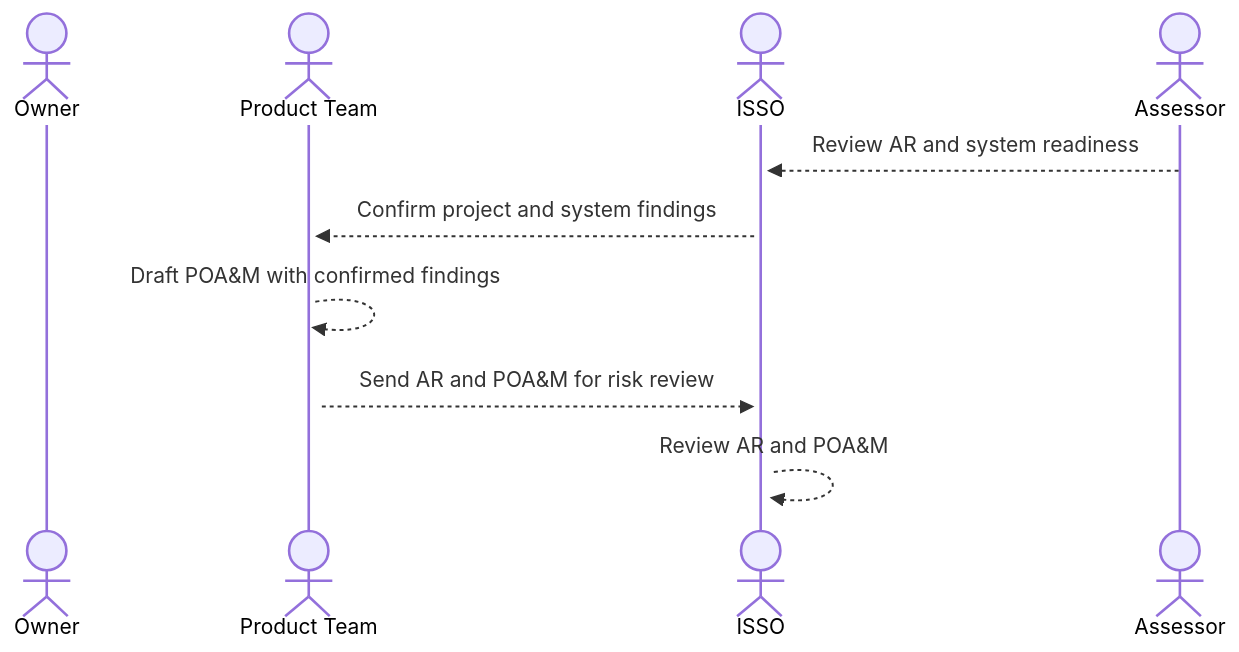
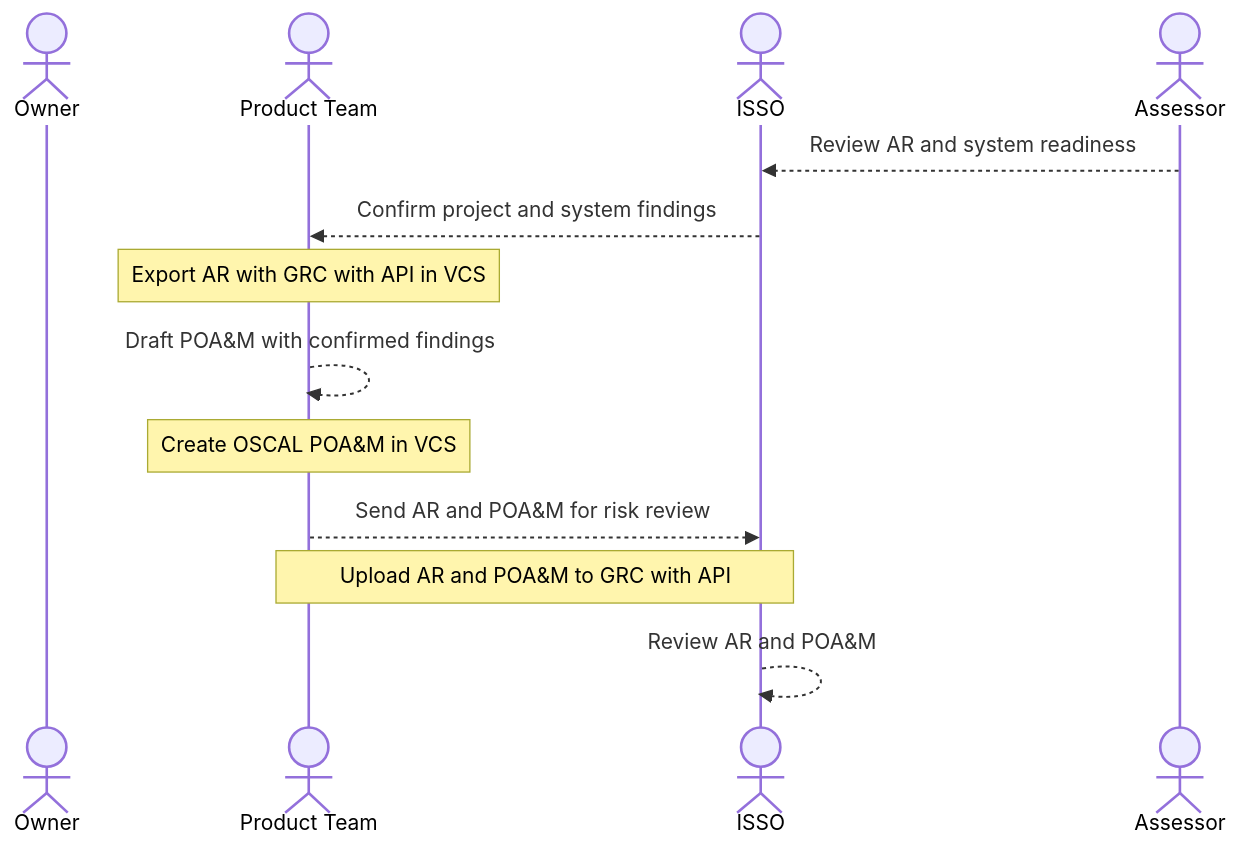
The diagram in docs/support/rmf5.3_assess_poam.mermaid (aj-stein-nist/oscal-2023-workshop), drawn with Mermaid before and after one commit. The commit also changed 8 other files, not shown here.

Commit message:
Many slide and diagram updates from Nikita.

```diff
--- a/docs/support/rmf5.3_assess_poam.mermaid
+++ b/docs/support/rmf5.3_assess_poam.mermaid
@@ -1,10 +1,13 @@
 sequenceDiagram
     actor Owner
     actor Product Team
     actor ISSO
     actor Assessor
-    Assessor-->>+ISSO: Review AR and system readiness
-    ISSO-->>+Product Team: Confirm project and system findings
-    Product Team-->>+Product Team: Draft POA&M with confirmed findings
-    Product Team-->>+ISSO: Send AR and POA&M for risk review
-    ISSO-->>+ISSO: Review AR and POA&M
+    Assessor-->>ISSO: Review AR and system readiness
+    ISSO-->>Product Team: Confirm project and system findings
+    Note over Product Team: Export AR with GRC with API in VCS
+    Product Team-->>Product Team: Draft POA&M with confirmed findings
+    Note over Product Team: Create OSCAL POA&M in VCS
+    Product Team-->>ISSO: Send AR and POA&M for risk review
+    Note over Product Team,ISSO: Upload AR and POA&M to GRC with API
+    ISSO-->>ISSO: Review AR and POA&M
```
